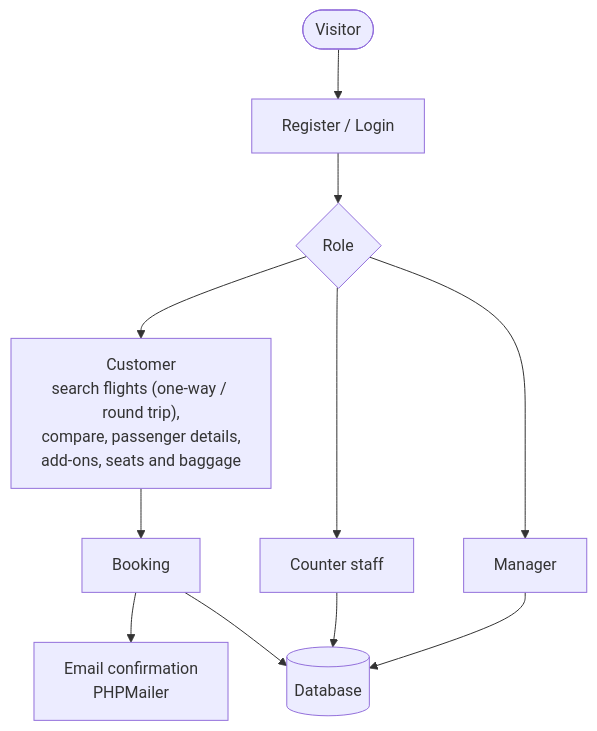
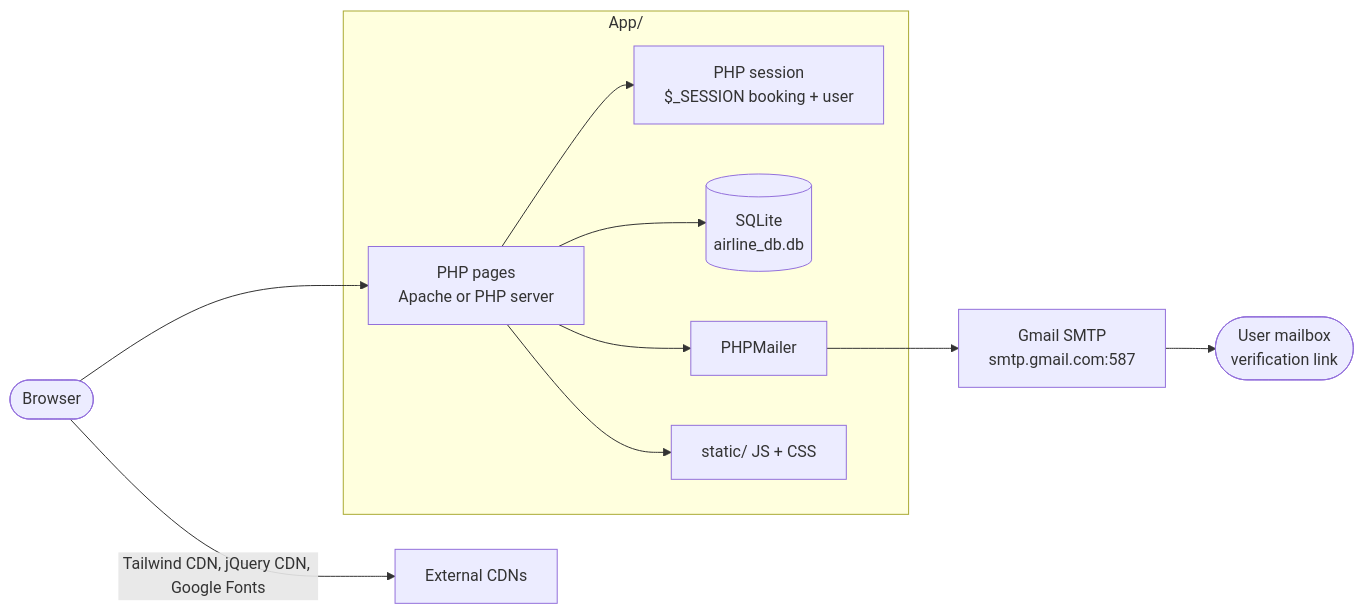
One commit to Dxrksvng/flight-booking-ISD changed the first of 5 diagrams in README.md. Above: the diagram before and after it, drawn with Mermaid. The commit also changed other lines of this file, not shown here.

Commit message:
docs: rewrite README with architecture, flows and tech stack (#2)

````diff
--- a/README.md
+++ b/README.md
@@ -19,13 +101,15 @@
 ```mermaid
-flowchart TB
-    A(["Visitor"]) --> L["Register / Login"]
-    L --> R{"Role"}
-    R --> C["Customer\nsearch flights (one-way / round trip),\ncompare, passenger details,\nadd-ons, seats and baggage"]
-    R --> S["Counter staff"]
-    R --> M["Manager"]
-    C --> B["Booking"]
-    B --> E["Email confirmation\nPHPMailer"]
-    B --> D[("Database")]
-    S --> D
-    M --> D
+flowchart LR
+    U(["Browser"]) --> W["PHP pages\nApache or PHP server"]
+
+    subgraph APP["App/"]
+        W --> S["PHP session\n$_SESSION booking + user"]
+        W --> DB[("SQLite\nairline_db.db")]
+        W --> PM["PHPMailer"]
+        W --> ST["static/ JS + CSS"]
+    end
+
+    PM --> SMTP["Gmail SMTP\nsmtp.gmail.com:587"]
+    SMTP --> MB(["User mailbox\nverification link"])
+    U -- "Tailwind CDN, jQuery CDN, Google Fonts" --> CDN["External CDNs"]
 ```
````
